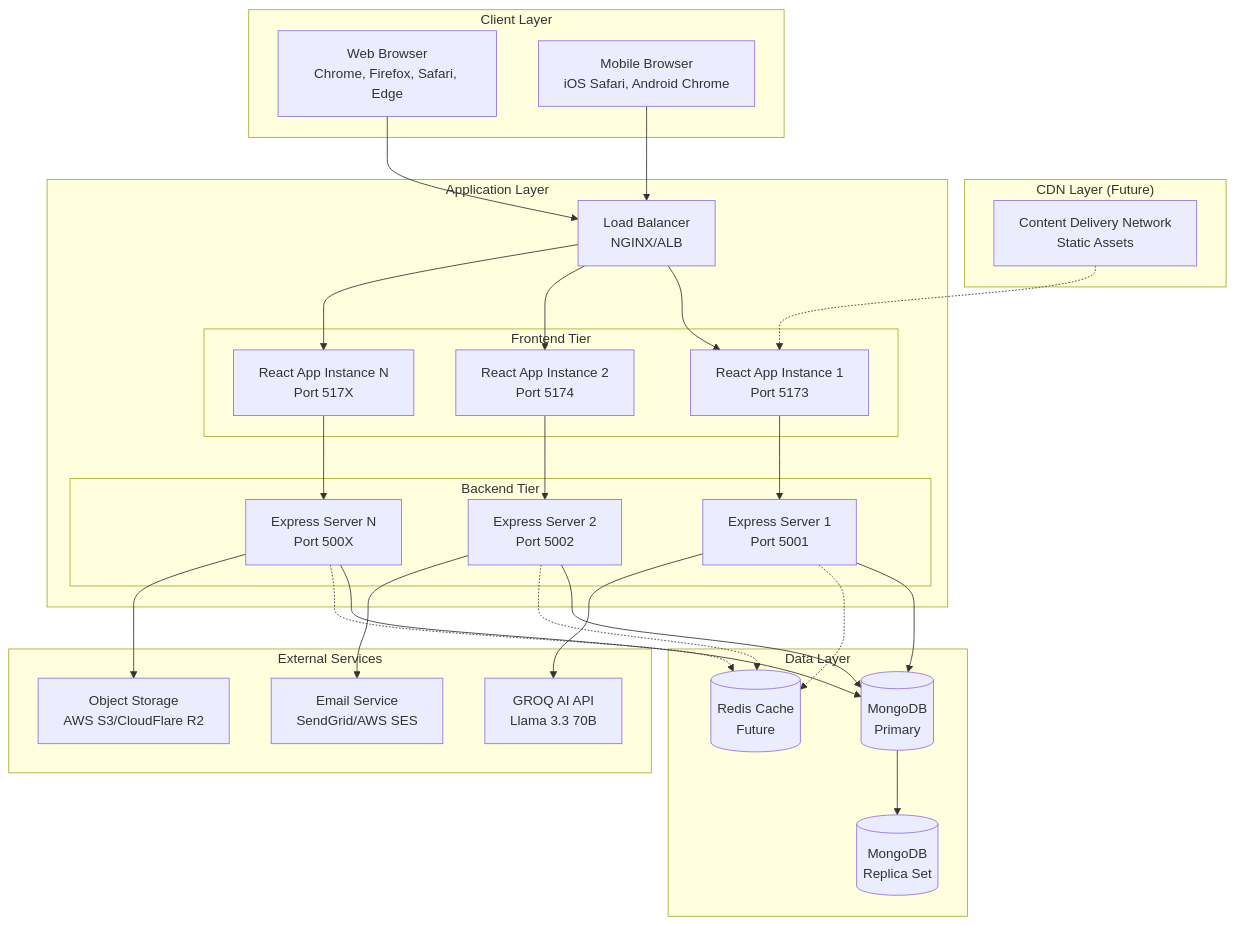
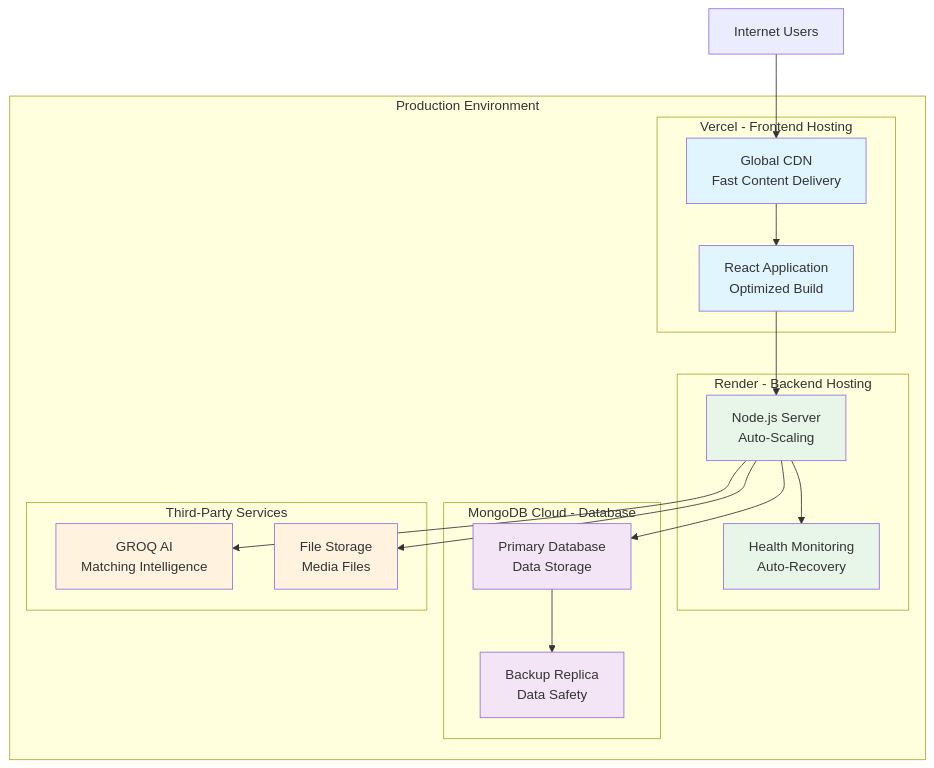
The fourth of 6 diagrams in ARCHITECTURE.md (SanMine/Lumiq), drawn with Mermaid before and after one commit. The commit also changed other lines of this file and 1 other file, not shown here.

````diff
--- a/ARCHITECTURE.md
+++ b/ARCHITECTURE.md
@@ -23,65 +200,42 @@
 ```mermaid
 graph TB
-    subgraph "Client Layer"
-        Browser[Web Browser<br/>Chrome, Firefox, Safari, Edge]
-        Mobile[Mobile Browser<br/>iOS Safari, Android Chrome]
-    end
-    
-    subgraph "CDN Layer (Future)"
-        CDN[Content Delivery Network<br/>Static Assets]
-    end
-    
-    subgraph "Application Layer"
-        LB[Load Balancer<br/>NGINX/ALB]
-        
-        subgraph "Frontend Tier"
-            FE1[React App Instance 1<br/>Port 5173]
-            FE2[React App Instance 2<br/>Port 5174]
-            FE3[React App Instance N<br/>Port 517X]
+    subgraph "Production Environment"
+        subgraph "Vercel - Frontend Hosting"
+            VercelCDN[Global CDN<br/>Fast Content Delivery]
+            FrontendApp[React Application<br/>Optimized Build]
         end
         
-        subgraph "Backend Tier"
-            BE1[Express Server 1<br/>Port 5001]
-            BE2[Express Server 2<br/>Port 5002]
-            BE3[Express Server N<br/>Port 500X]
+        subgraph "Render - Backend Hosting"
+            RenderServer[Node.js Server<br/>Auto-Scaling]
+            HealthCheck[Health Monitoring<br/>Auto-Recovery]
+        end
+        
+        subgraph "MongoDB Cloud - Database"
+            PrimaryDB[Primary Database<br/>Data Storage]
+            Replica[Backup Replica<br/>Data Safety]
+        end
+        
+        subgraph "Third-Party Services"
+            GroqCloud[GROQ AI<br/>Matching Intelligence]
+            FileService[File Storage<br/>Media Files]
         end
     end
     
-    subgraph "Data Layer"
-        MongoDB[(MongoDB<br/>Primary)]
-        MongoReplica[(MongoDB<br/>Replica Set)]
-        Redis[(Redis Cache<br/>Future)]
-    end
+    Internet[Internet Users] --> VercelCDN
+    VercelCDN --> FrontendApp
+    FrontendApp --> RenderServer
+    RenderServer --> HealthCheck
+    RenderServer --> PrimaryDB
+    PrimaryDB --> Replica
+    RenderServer --> GroqCloud
+    RenderServer --> FileService
     
-    subgraph "External Services"
-        GROQ[GROQ AI API<br/>Llama 3.3 70B]
-        Email[Email Service<br/>SendGrid/AWS SES]
-        Storage[Object Storage<br/>AWS S3/CloudFlare R2]
-    end
-    
-    Browser --> LB
-    Mobile --> LB
-    LB --> FE1
-    LB --> FE2
-    LB --> FE3
-    
-    FE1 --> BE1
-    FE2 --> BE2
-    FE3 --> BE3
-    
-    BE1 --> MongoDB
-    BE2 --> MongoDB
-    BE3 --> MongoDB
-    
-    MongoDB --> MongoReplica
-    
-    BE1 -.-> Redis
-    BE2 -.-> Redis
-    BE3 -.-> Redis
-    
-    BE1 --> GROQ
-    BE2 --> Email
-    BE3 --> Storage
-    
-    CDN -.-> FE1
+    style VercelCDN fill:#e1f5fe
+    style FrontendApp fill:#e1f5fe
+    style RenderServer fill:#e8f5e9
+    style HealthCheck fill:#e8f5e9
+    style PrimaryDB fill:#f3e5f5
+    style Replica fill:#f3e5f5
+    style GroqCloud fill:#fff3e0
+    style FileService fill:#fff3e0
 ```
````
